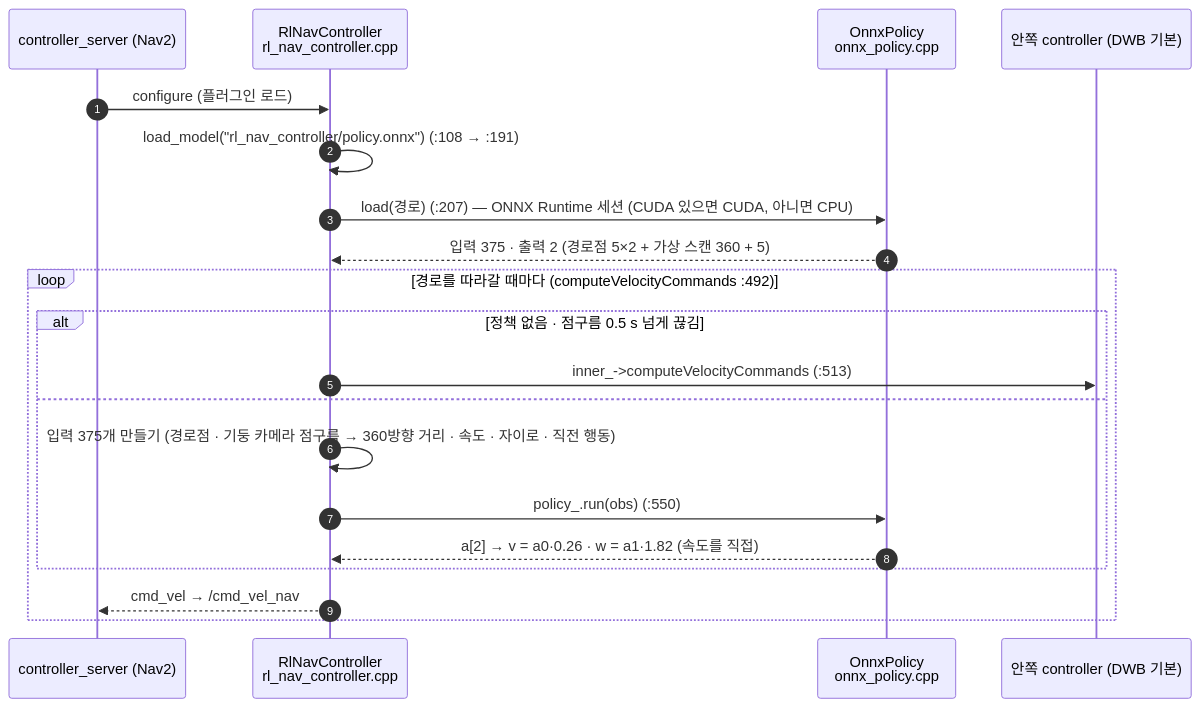
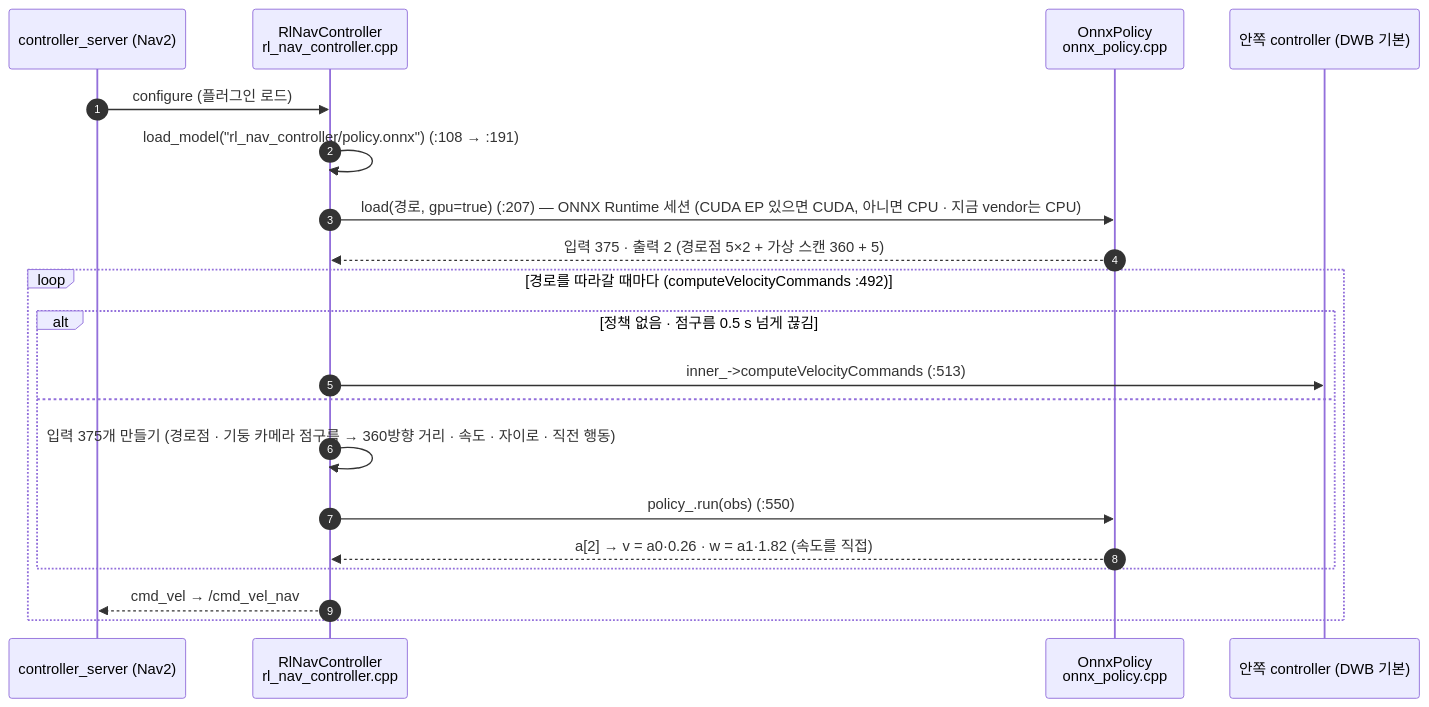
One commit to JuneKunst/JuneKunst.github.io changed the sixth of 7 diagrams in bee/policy-runtime.md. Above: the diagram before and after it, drawn with Mermaid. The commit also changed other lines of this file and 3 other files, not shown here.

````diff
--- a/bee/policy-runtime.md
+++ b/bee/policy-runtime.md
@@ -207,22 +216,22 @@
 ```mermaid
 sequenceDiagram
   autonumber
   participant CS as controller_server (Nav2)
   participant RN as RlNavController<br/>rl_nav_controller.cpp
   participant OP as OnnxPolicy<br/>onnx_policy.cpp
   participant IN as 안쪽 controller (DWB 기본)
   CS->>RN: configure (플러그인 로드)
   RN->>RN: load_model("rl_nav_controller/policy.onnx") (:108 → :191)
-  RN->>OP: load(경로) (:207) — ONNX Runtime 세션 (CUDA 있으면 CUDA, 아니면 CPU)
+  RN->>OP: load(경로, gpu=true) (:207) — ONNX Runtime 세션 (CUDA EP 있으면 CUDA, 아니면 CPU · 지금 vendor는 CPU)
   OP-->>RN: 입력 375 · 출력 2 (경로점 5×2 + 가상 스캔 360 + 5)
   loop 경로를 따라갈 때마다 (computeVelocityCommands :492)
     alt 정책 없음 · 점구름 0.5 s 넘게 끊김
       RN->>IN: inner_->computeVelocityCommands (:513)
     else
       RN->>RN: 입력 375개 만들기 (경로점 · 기둥 카메라 점구름 → 360방향 거리 · 속도 · 자이로 · 직전 행동)
       RN->>OP: policy_.run(obs) (:550)
       OP-->>RN: a[2] → v = a0·0.26 · w = a1·1.82 (속도를 직접)
     end
     RN-->>CS: cmd_vel → /cmd_vel_nav
   end
 ```
````
